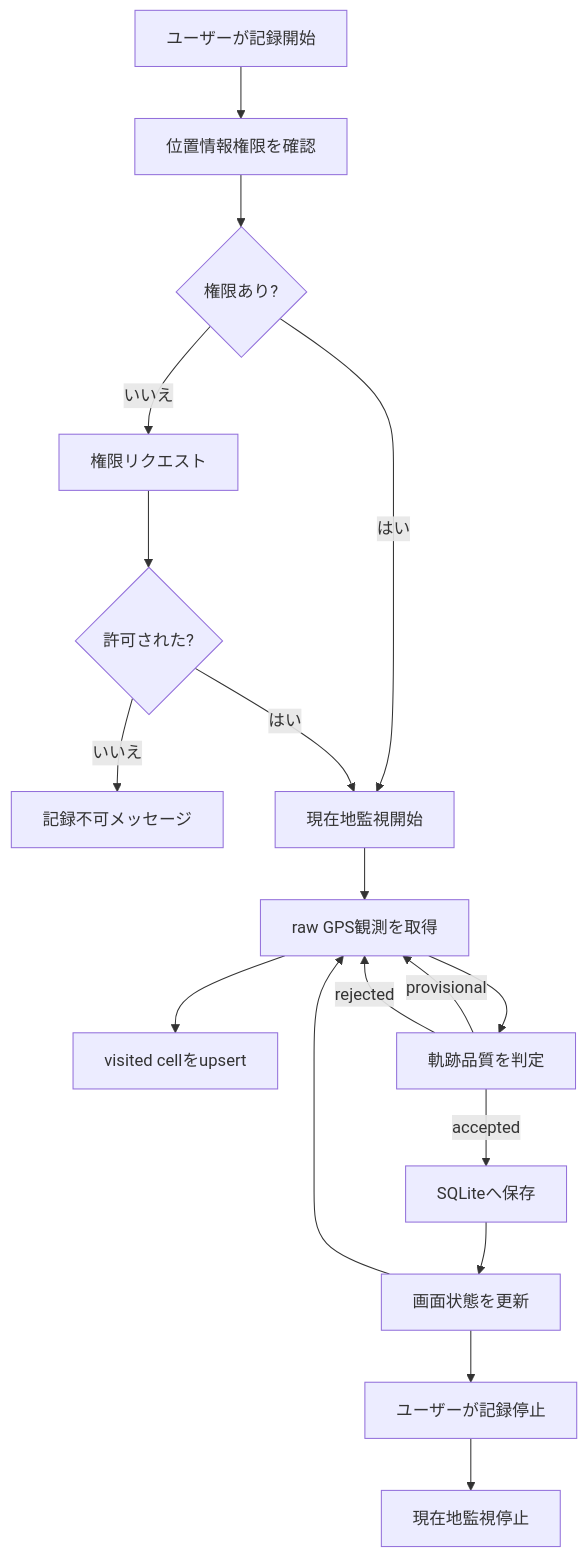
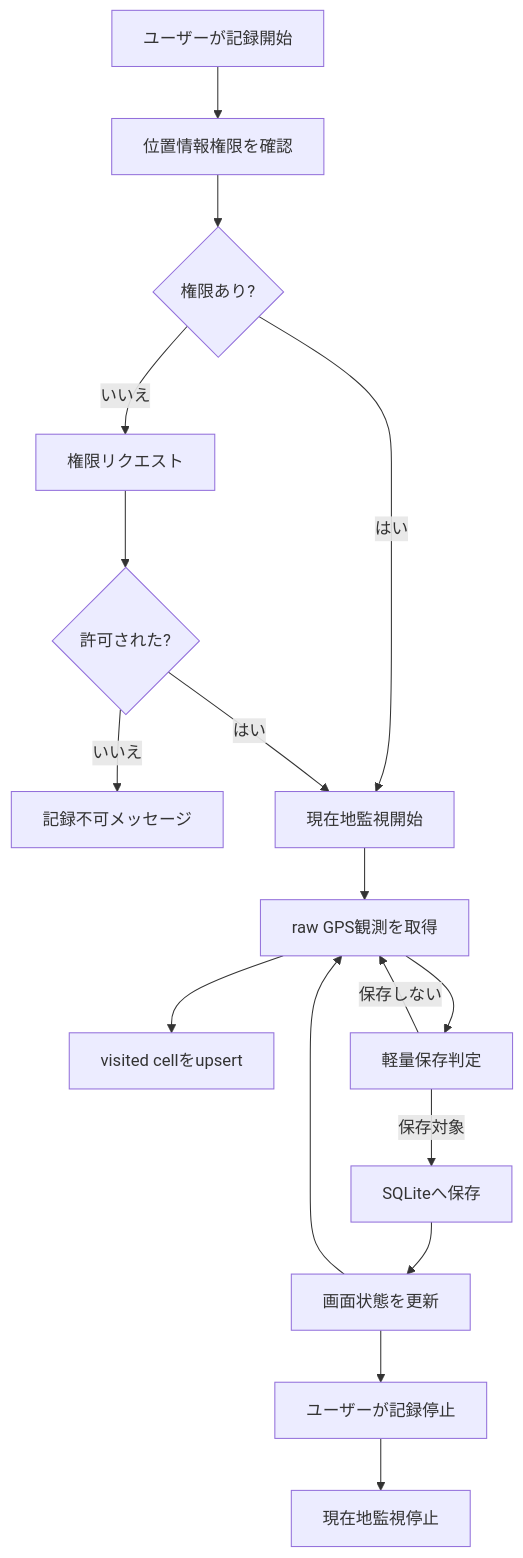
One commit to kazuki19992/strollia changed the first of 3 diagrams in docs/architecture.md. Above: the diagram before and after it, drawn with Mermaid. The commit also changed 13 other files, not shown here.

````diff
--- a/docs/architecture.md
+++ b/docs/architecture.md
@@ -92,20 +92,19 @@
 ```mermaid
 flowchart TD
   A[ユーザーが記録開始] --> B[位置情報権限を確認]
   B --> C{権限あり?}
   C -->|いいえ| D[権限リクエスト]
   D --> E{許可された?}
   E -->|いいえ| F[記録不可メッセージ]
   C -->|はい| G[現在地監視開始]
   E -->|はい| G
   G --> H[raw GPS観測を取得]
   H --> N[visited cellをupsert]
-  H --> I[軌跡品質を判定]
-  I -->|accepted| J[SQLiteへ保存]
-  I -->|provisional| H
-  I -->|rejected| H
+  H --> I[軽量保存判定]
+  I -->|保存対象| J[SQLiteへ保存]
+  I -->|保存しない| H
   J --> K[画面状態を更新]
   K --> H
   K --> L[ユーザーが記録停止]
   L --> M[現在地監視停止]
 ```
````
